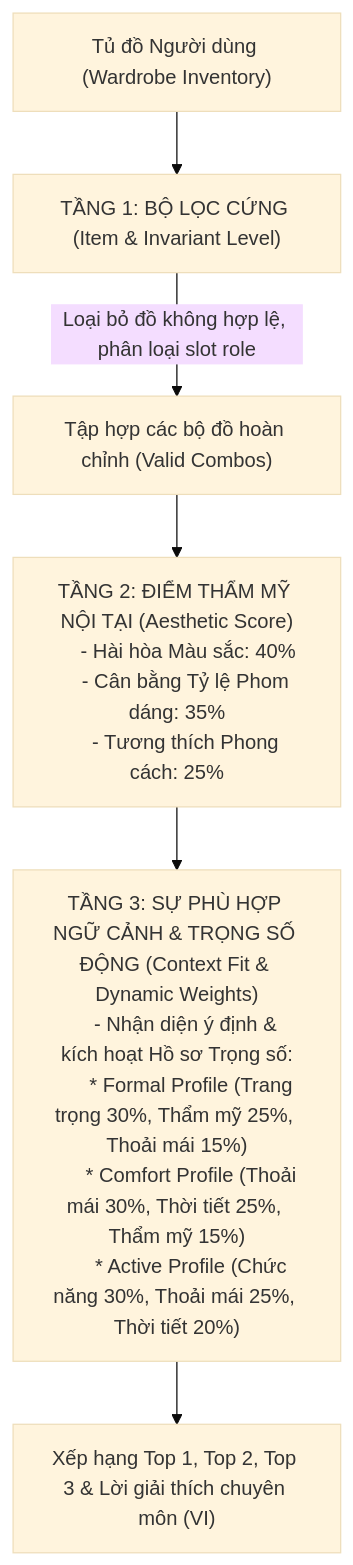
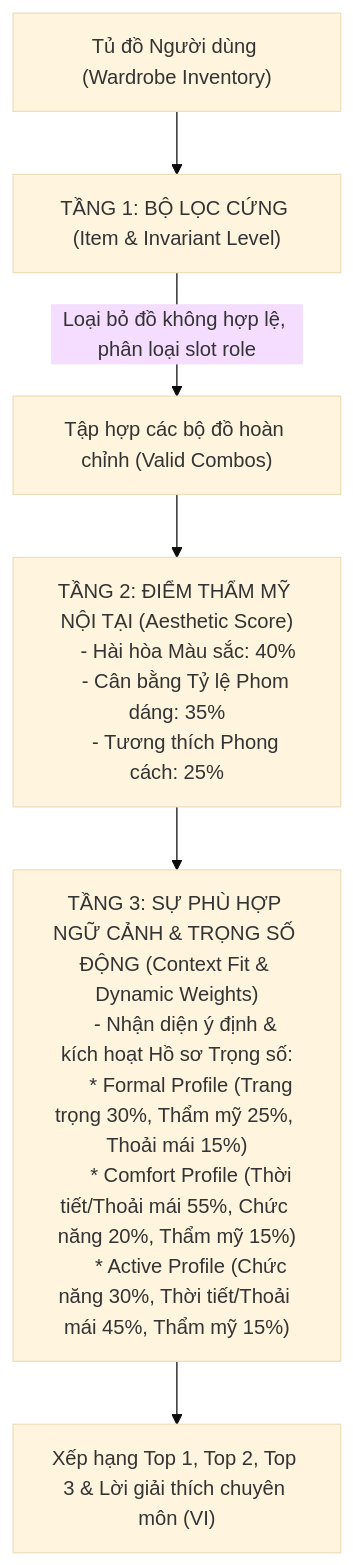
The diagram in docs/03_domain/FASHION_KNOWLEDGE_BASE.md (LongTeaa/Multi-Agent-Fashion-Stylist), drawn with Mermaid (base theme) before and after one commit. The commit also changed other lines of this file and 25 other files, not shown here.

````diff
--- a/docs/03_domain/FASHION_KNOWLEDGE_BASE.md
+++ b/docs/03_domain/FASHION_KNOWLEDGE_BASE.md
@@ -56,18 +58,18 @@
 ```mermaid
 graph TD
     A["Tủ đồ Người dùng (Wardrobe Inventory)"] --> Tier1["TẦNG 1: BỘ LỌC CỨNG (Item & Invariant Level)"]
     Tier1 -->|"Loại bỏ đồ không hợp lệ, phân loại slot role"| ValidOutfits["Tập hợp các bộ đồ hoàn chỉnh (Valid Combos)"]
-    
+
     ValidOutfits --> Tier2["TẦNG 2: ĐIỂM THẨM MỸ NỘI TẠI (Aesthetic Score)
     - Hài hòa Màu sắc: 40%
     - Cân bằng Tỷ lệ Phom dáng: 35%
     - Tương thích Phong cách: 25%"]
-    
+
     Tier2 --> Tier3["TẦNG 3: SỰ PHÙ HỢP NGỮ CẢNH & TRỌNG SỐ ĐỘNG (Context Fit & Dynamic Weights)
     - Nhận diện ý định & kích hoạt Hồ sơ Trọng số:
       * Formal Profile (Trang trọng 30%, Thẩm mỹ 25%, Thoải mái 15%)
-      * Comfort Profile (Thoải mái 30%, Thời tiết 25%, Thẩm mỹ 15%)
-      * Active Profile (Chức năng 30%, Thoải mái 25%, Thời tiết 20%)"]
-      
+      * Comfort Profile (Thời tiết/Thoải mái 55%, Chức năng 20%, Thẩm mỹ 15%)
+      * Active Profile (Chức năng 30%, Thời tiết/Thoải mái 45%, Thẩm mỹ 15%)"]
+
     Tier3 --> FinalRanking["Xếp hạng Top 1, Top 2, Top 3 & Lời giải thích chuyên môn (VI)"]
 ```
````
